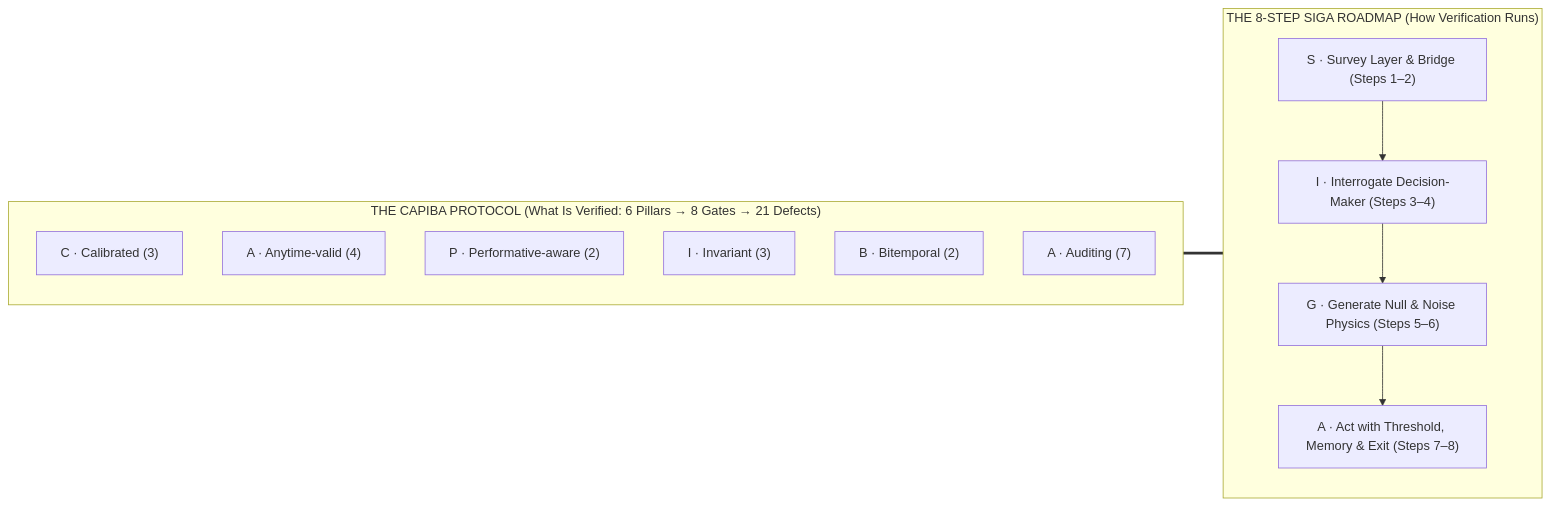
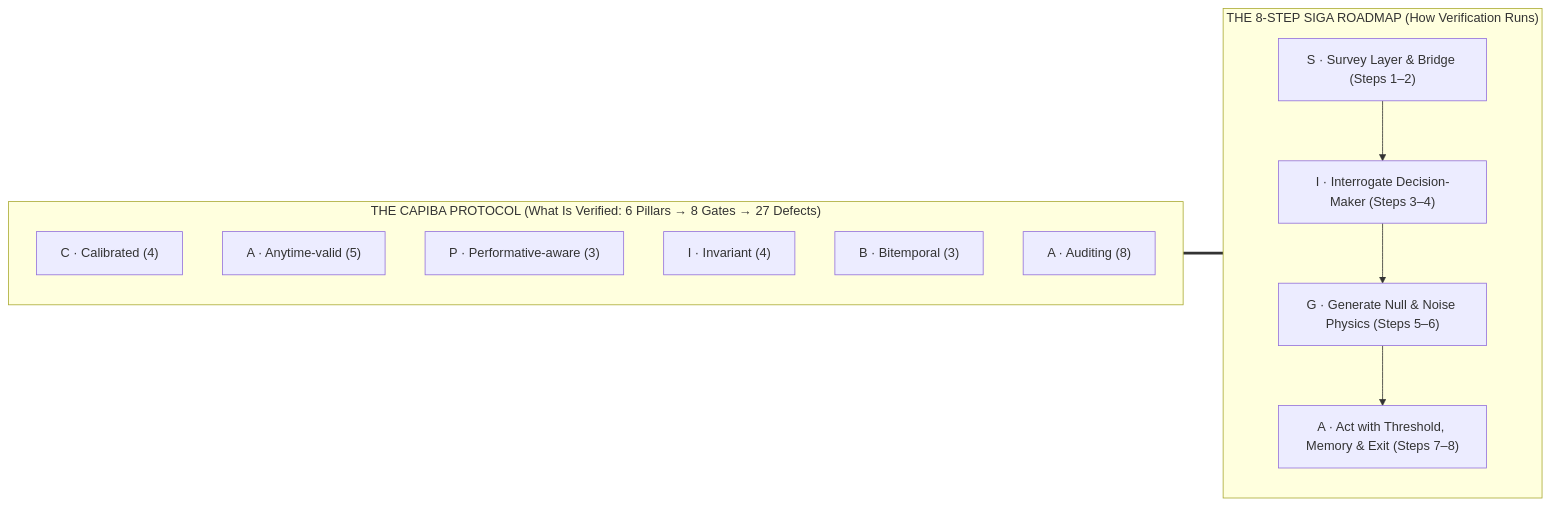
One commit to 0b3st4f3r4/stochology changed the first of 2 diagrams in book-src/00-preface.md. Above: the diagram before and after it, drawn with Mermaid. The commit also changed other lines of this file and 59 other files, not shown here.

Commit message:
feat(protocol,book): six real-data CAPIBA pillar instruments (27 defects) and interactive home SVG seed editor

````diff
--- a/book-src/00-preface.md
+++ b/book-src/00-preface.md
@@ -198,19 +234,19 @@
 ```mermaid
 flowchart LR
-    subgraph CAPIBA["THE CAPIBA PROTOCOL (What Is Verified: 6 Pillars → 8 Gates → 21 Defects)"]
-        C1["C · Calibrated (3)"]
-        A1["A · Anytime-valid (4)"]
-        P1["P · Performative-aware (2)"]
-        I1["I · Invariant (3)"]
-        B1["B · Bitemporal (2)"]
-        A2["A · Auditing (7)"]
+    subgraph CAPIBA["THE CAPIBA PROTOCOL (What Is Verified: 6 Pillars → 8 Gates → 27 Defects)"]
+        C1["C · Calibrated (4)"]
+        A1["A · Anytime-valid (5)"]
+        P1["P · Performative-aware (3)"]
+        I1["I · Invariant (4)"]
+        B1["B · Bitemporal (3)"]
+        A2["A · Auditing (8)"]
     end
     subgraph SIGA["THE 8-STEP SIGA ROADMAP (How Verification Runs)"]
         S["S · Survey Layer & Bridge (Steps 1–2)"]
         I["I · Interrogate Decision-Maker (Steps 3–4)"]
         G["G · Generate Null & Noise Physics (Steps 5–6)"]
         A["A · Act with Threshold, Memory & Exit (Steps 7–8)"]
     end
     S --> I --> G --> A
     CAPIBA === SIGA
 ```
````
